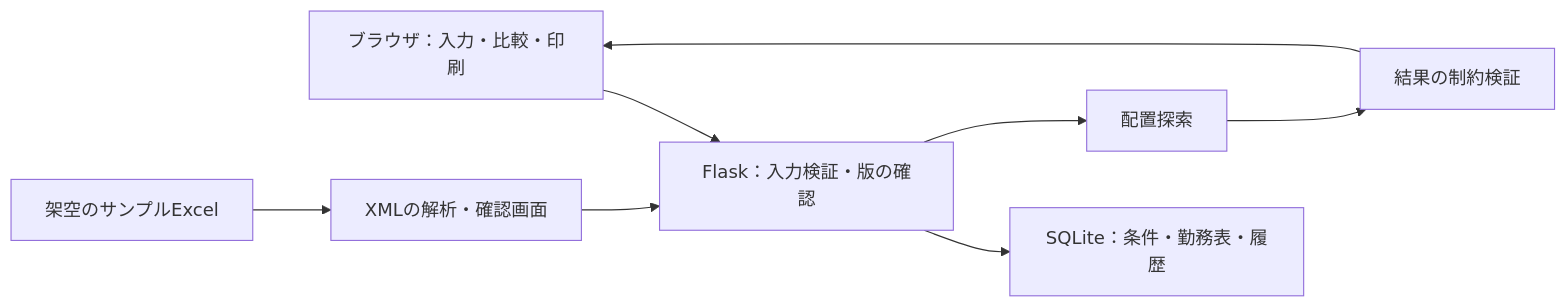
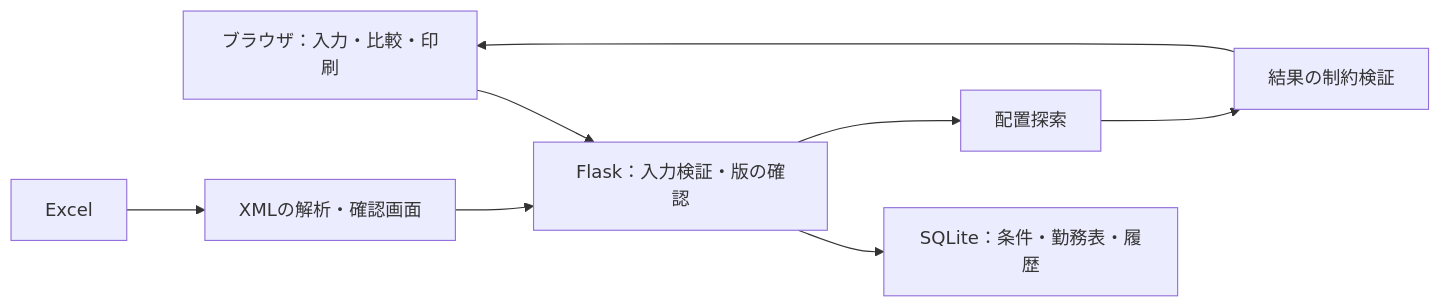
Before and after one commit to higakota/nurse-scheduler-demo: the diagram in docs/portfolio.md, drawn with Mermaid. The commit also changed other lines of this file and 14 other files, not shown here.

````diff
--- a/docs/portfolio.md
+++ b/docs/portfolio.md
@@ -9,10 +7,10 @@
 ```mermaid
 flowchart LR
     Browser["ブラウザ：入力・比較・印刷"] --> Flask["Flask：入力検証・版の確認"]
     Flask --> SQLite["SQLite：条件・勤務表・履歴"]
     Flask --> Solver["配置探索"]
     Solver --> Verify["結果の制約検証"]
     Verify --> Browser
-    Excel["架空のサンプルExcel"] --> Import["XMLの解析・確認画面"]
+    Excel["Excel"] --> Import["XMLの解析・確認画面"]
     Import --> Flask
 ```
````
